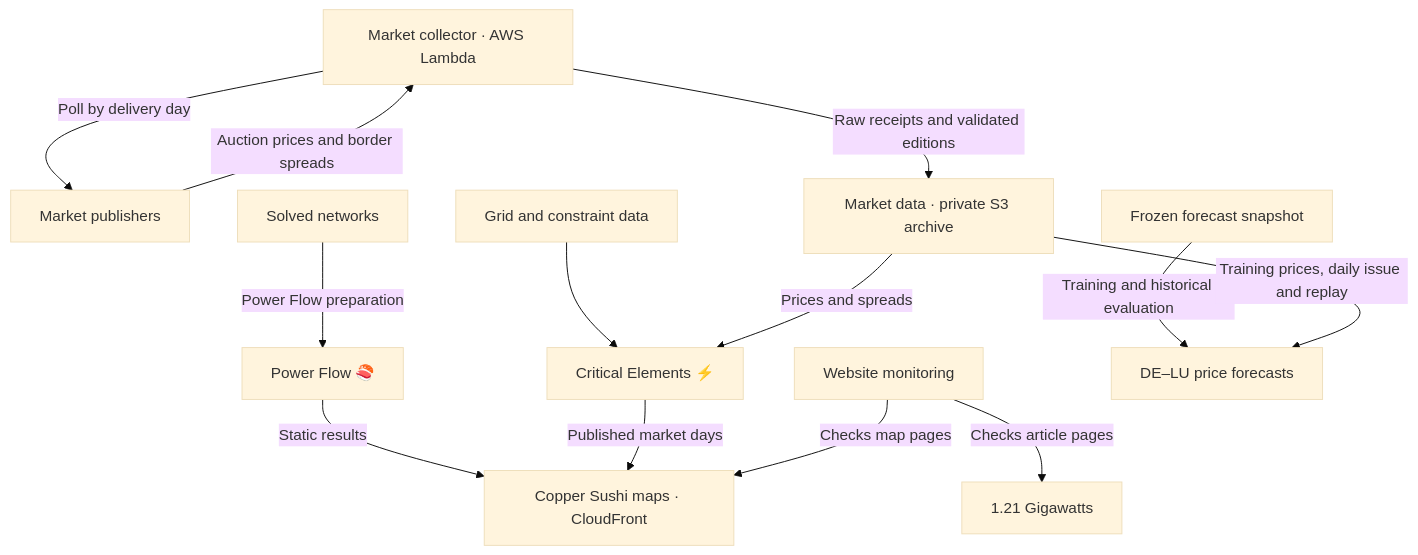
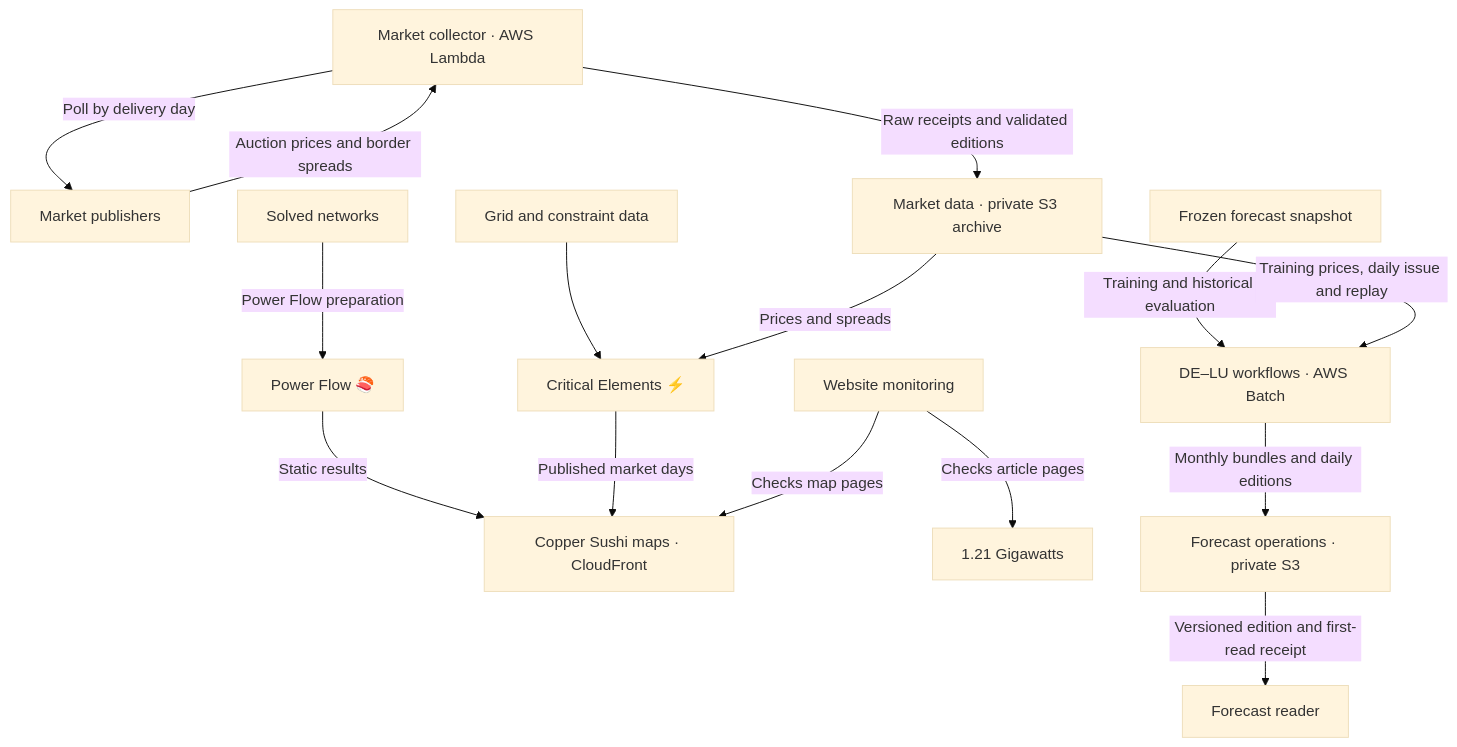
The diagram in README.md (zoltanmaric/coppersushi), drawn with Mermaid (base theme) before and after one commit. The commit also changed 19 other files, not shown here.

Commit message:
Provision forecast workflows with separate worker and reader roles

````diff
--- a/README.md
+++ b/README.md
@@ -46,23 +46,26 @@
 ```mermaid
 flowchart TB
     collector["Market collector · AWS Lambda"] -->|Poll by delivery day| publishers["Market publishers"]
     publishers -->|Auction prices and border spreads| collector
     collector -->|Raw receipts and validated editions| shared["Market data · private S3 archive"]
     grid["Grid and constraint data"] --> critical["Critical Elements ⚡️"]
     networks["Solved networks"] -->|Power Flow preparation| power["Power Flow 🍣"]
     power -->|Static results| maps["Copper Sushi maps · CloudFront"]
     critical -->|Published market days| maps
     monitor["Website monitoring"] -->|Checks map pages| maps
     monitor -->|Checks article pages| blog["1.21 Gigawatts"]
     shared -->|Prices and spreads| critical
-    snapshot["Frozen forecast snapshot"] -->|Training and historical evaluation| forecast["DE–LU price forecasts"]
+    snapshot["Frozen forecast snapshot"] -->|Training and historical evaluation| forecast["DE–LU workflows · AWS Batch"]
     shared -->|Training prices, daily issue and replay| forecast
+    forecast -->|Monthly bundles and daily editions| issued["Forecast operations · private S3"]
+    issued -->|Versioned edition and first-read receipt| reader["Forecast reader"]
+    click issued "https://github.com/zoltanmaric/coppersushi/blob/main/forecasts/operations/README.md"
     click shared "https://github.com/zoltanmaric/coppersushi/blob/main/coppersushi/pipelines/market_data/README.md"
     click critical "https://github.com/zoltanmaric/coppersushi/blob/main/coppersushi/pipelines/cnec/README.md"
     click power "https://github.com/zoltanmaric/coppersushi/blob/main/coppersushi/pipelines/powerflow/README.md"
     click monitor "https://github.com/zoltanmaric/coppersushi/blob/main/monitoring/README.md"
     click blog "https://github.com/zoltanmaric/coppersushi/blob/main/121gigawatts/hosting/README.md"
     click forecast "https://github.com/zoltanmaric/coppersushi/blob/main/forecasts/README.md"
     click snapshot "https://github.com/zoltanmaric/coppersushi/blob/main/forecasts/inputs/README.md"
     click maps "https://github.com/zoltanmaric/coppersushi/blob/main/coppersushi/frontend/README.md"
 ```
````
